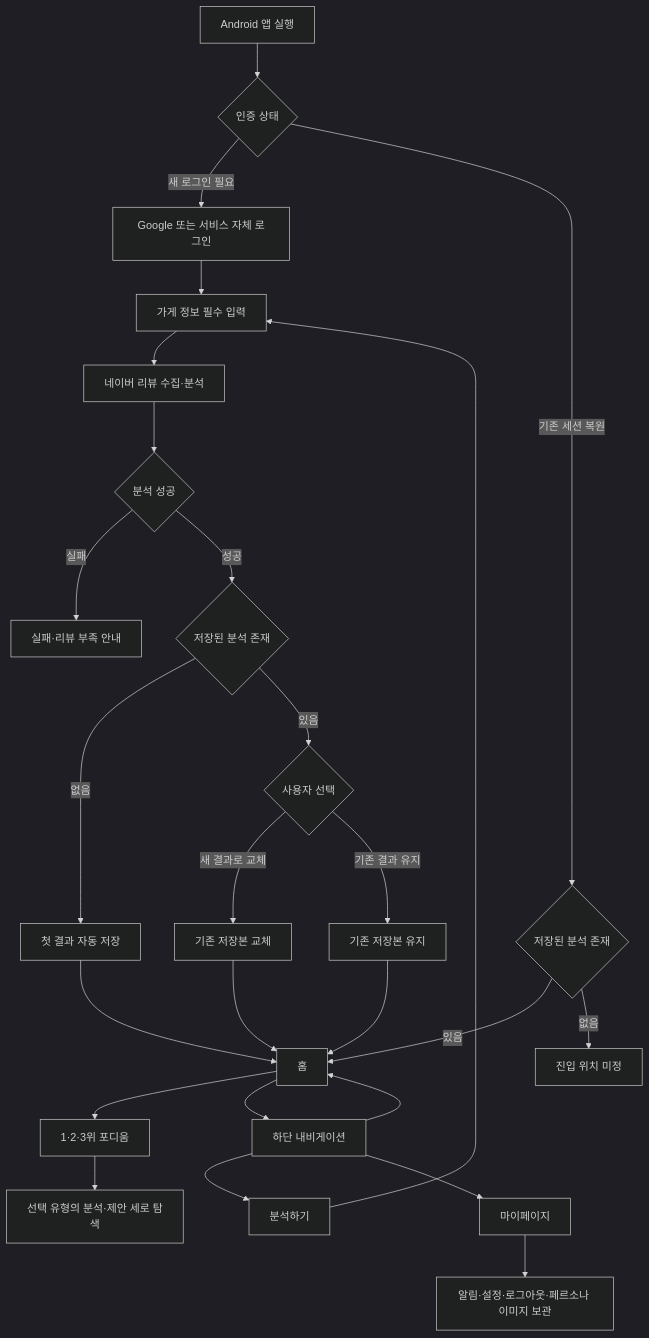
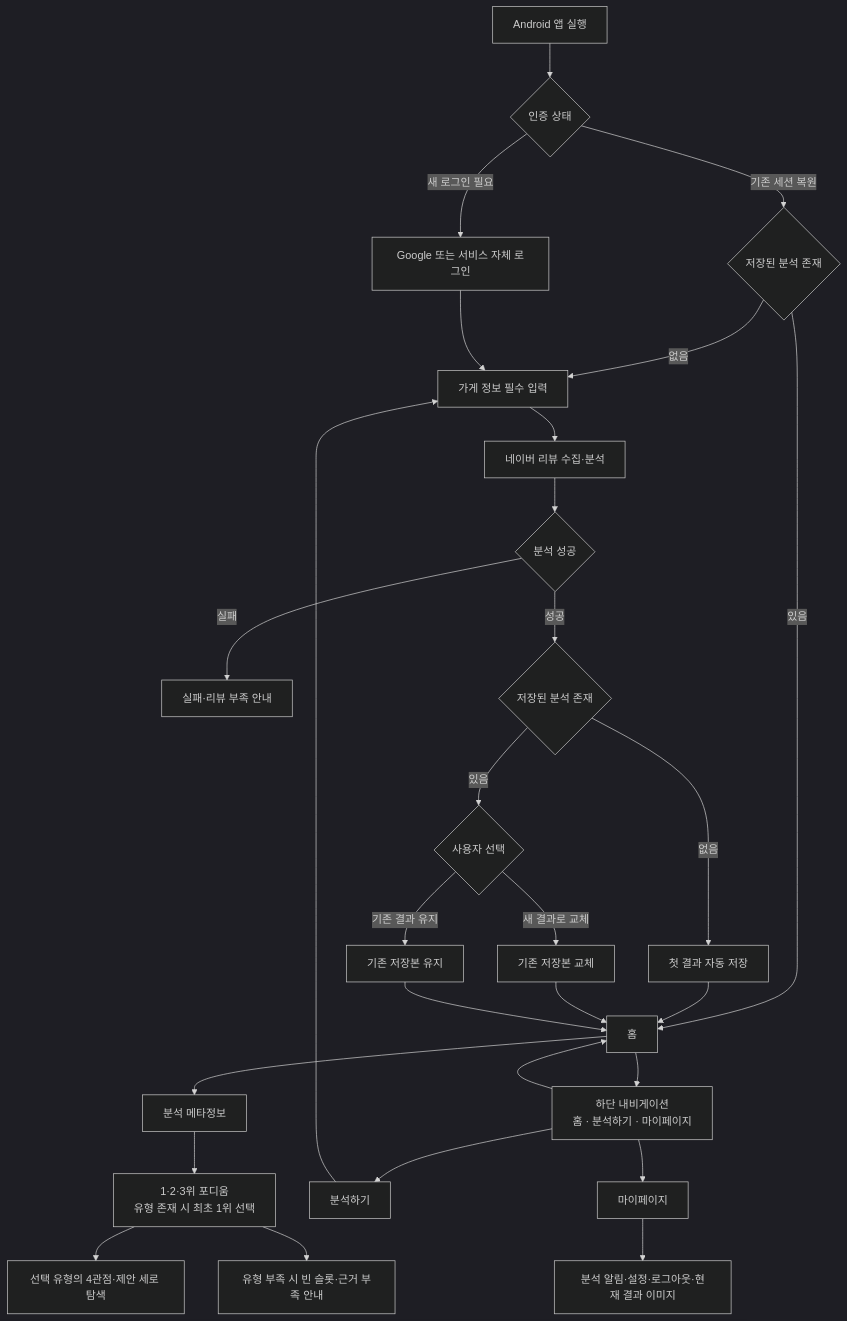
One commit to SKUnohtaekyung/PULSE_SCC changed the diagram in docs/product/requirements/USER_FLOW.md. Above: the diagram before and after it, drawn with Mermaid (dark theme). The commit also changed other lines of this file and 4 other files, not shown here.

````diff
--- a/docs/product/requirements/USER_FLOW.md
+++ b/docs/product/requirements/USER_FLOW.md
@@ -32,28 +34,30 @@
 ```mermaid
 flowchart TD
     A[Android 앱 실행] --> B{인증 상태}
     B -- 새 로그인 필요 --> C[Google 또는 서비스 자체 로그인]
     B -- 기존 세션 복원 --> Z{저장된 분석 존재}
     Z -- 있음 --> H[홈]
-    Z -- 없음 --> Z1[진입 위치 미정]
+    Z -- 없음 --> D
     C --> D[가게 정보 필수 입력]
     D --> E[네이버 리뷰 수집·분석]
     E --> F{분석 성공}
     F -- 실패 --> G[실패·리뷰 부족 안내]
     F -- 성공 --> S{저장된 분석 존재}
     S -- 없음 --> T[첫 결과 자동 저장]
     T --> H
     S -- 있음 --> U{사용자 선택}
     U -- 새 결과로 교체 --> V[기존 저장본 교체]
     U -- 기존 결과 유지 --> W[기존 저장본 유지]
     V --> H
     W --> H
-    H --> P[1·2·3위 포디움]
-    P --> Q[선택 유형의 분석·제안 세로 탐색]
-    H --> N[하단 내비게이션]
+    H --> M[분석 메타정보]
+    M --> P[1·2·3위 포디움<br/>유형 존재 시 최초 1위 선택]
+    P --> Q[선택 유형의 4관점·제안 세로 탐색]
+    P --> P1[유형 부족 시 빈 슬롯·근거 부족 안내]
+    H --> N[하단 내비게이션<br/>홈 · 분석하기 · 마이페이지]
     N --> H
     N --> X[분석하기]
     X --> D
     N --> Y[마이페이지]
-    Y --> Y1[알림·설정·로그아웃·페르소나 이미지 보관]
+    Y --> Y1[분석 알림·설정·로그아웃·현재 결과 이미지]
 ```
````
